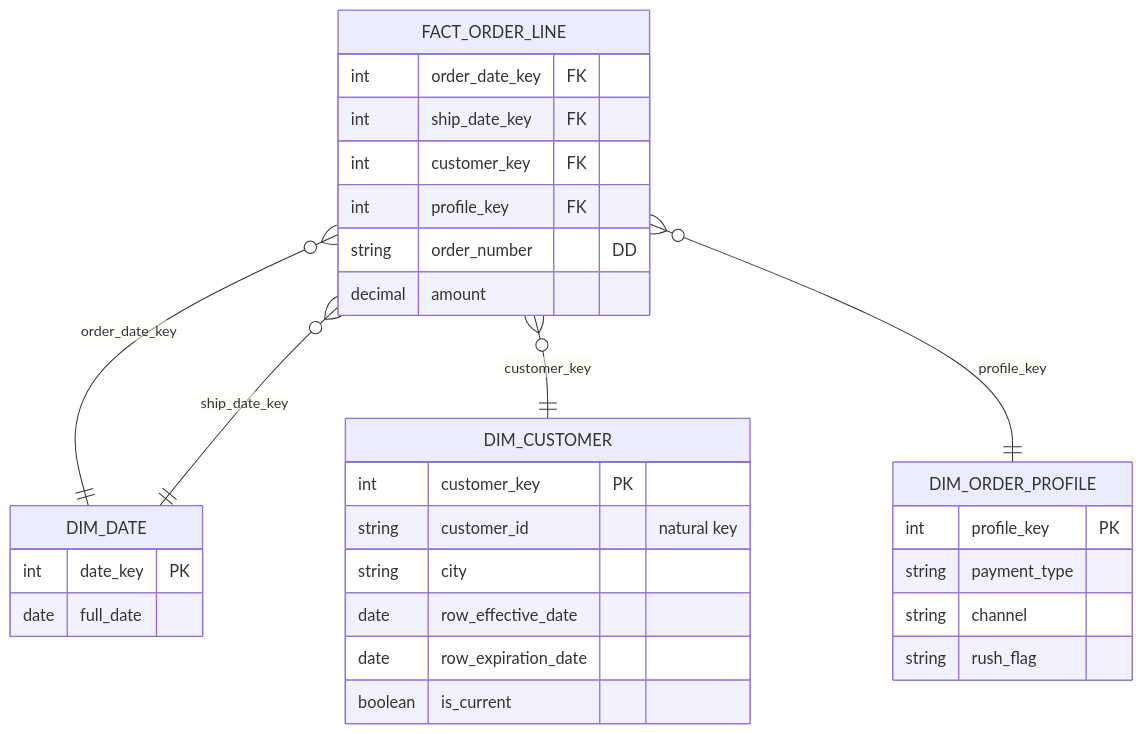
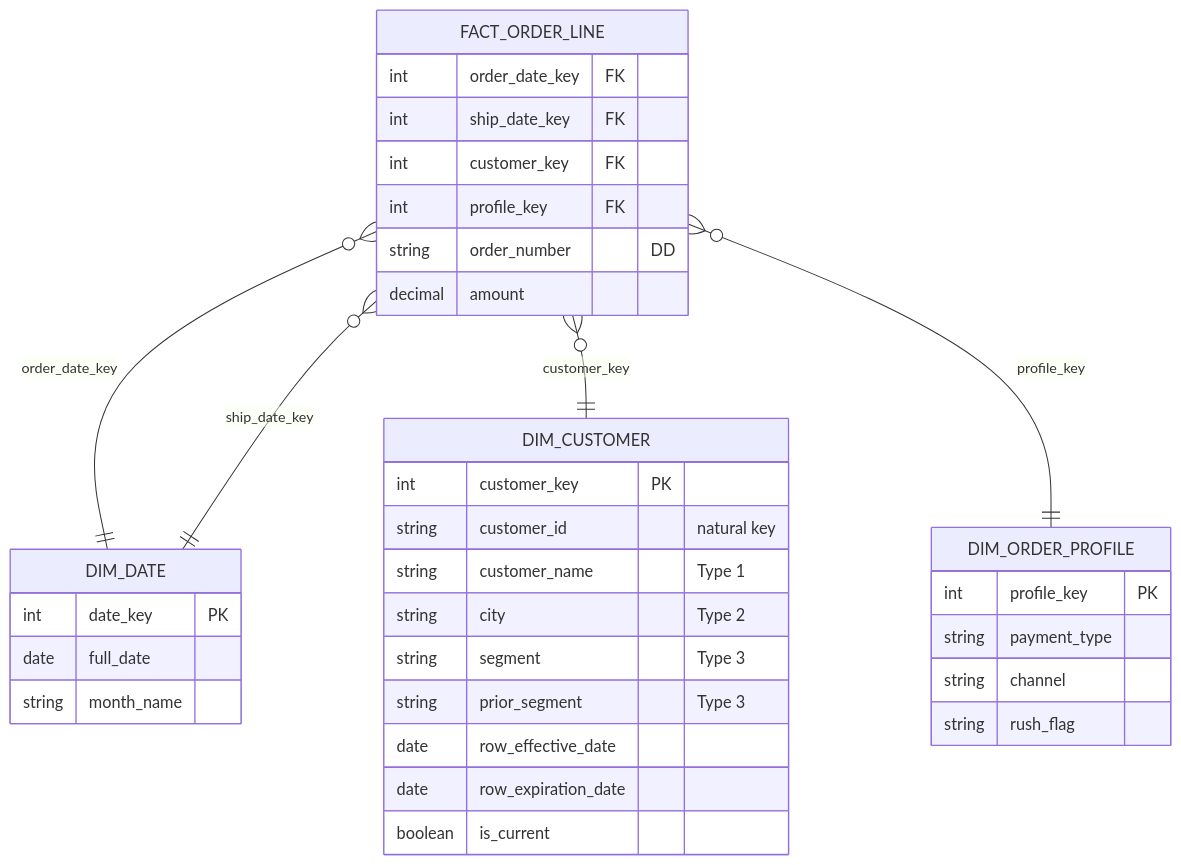
One commit to surfalytics/dataengineer_ru changed the diagram in scripts/kimball-diagrams/src/ch02-role-playing.mmd. Above: the diagram before and after it, drawn with Mermaid. The commit also changed 61 other files, not shown here.

```diff
--- a/scripts/kimball-diagrams/src/ch02-role-playing.mmd
+++ b/scripts/kimball-diagrams/src/ch02-role-playing.mmd
@@ -1,31 +1,35 @@
 erDiagram
   FACT_ORDER_LINE }o--|| DIM_DATE : "order_date_key"
   FACT_ORDER_LINE }o--|| DIM_DATE : "ship_date_key"
   FACT_ORDER_LINE }o--|| DIM_CUSTOMER : "customer_key"
   FACT_ORDER_LINE }o--|| DIM_ORDER_PROFILE : "profile_key"
   FACT_ORDER_LINE {
     int order_date_key FK
     int ship_date_key FK
     int customer_key FK
     int profile_key FK
     string order_number "DD"
     decimal amount
   }
   DIM_DATE {
     int date_key PK
     date full_date
+    string month_name
   }
   DIM_CUSTOMER {
     int customer_key PK
     string customer_id "natural key"
-    string city
+    string customer_name "Type 1"
+    string city "Type 2"
+    string segment "Type 3"
+    string prior_segment "Type 3"
     date row_effective_date
     date row_expiration_date
     boolean is_current
   }
   DIM_ORDER_PROFILE {
     int profile_key PK
     string payment_type
     string channel
     string rush_flag
   }
```
